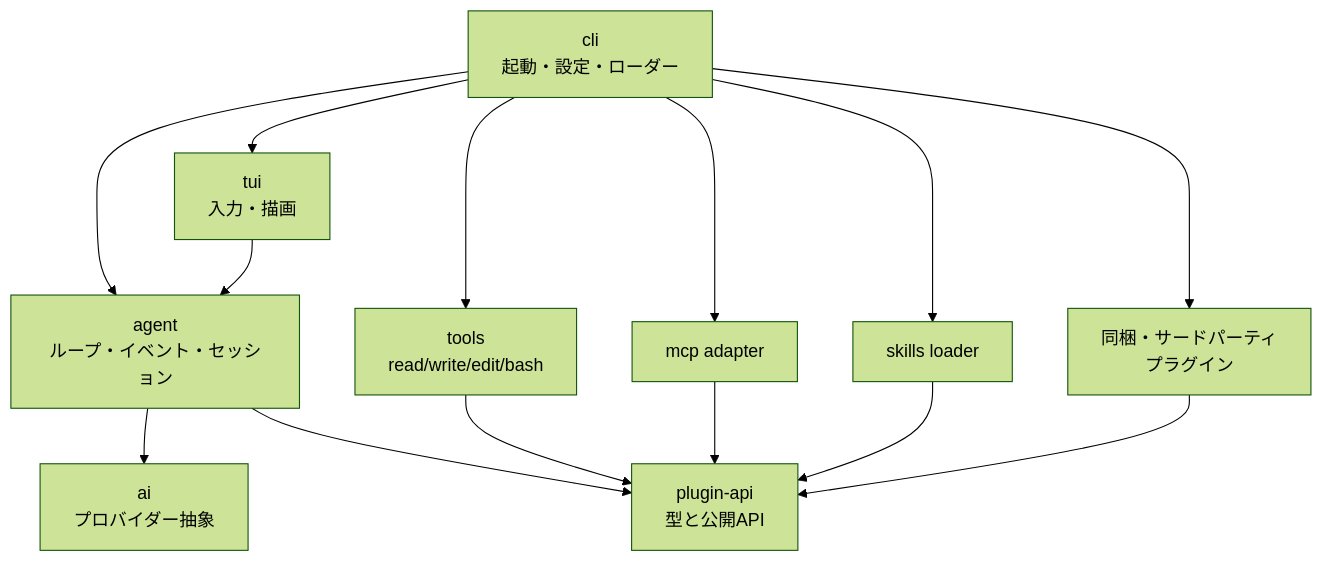
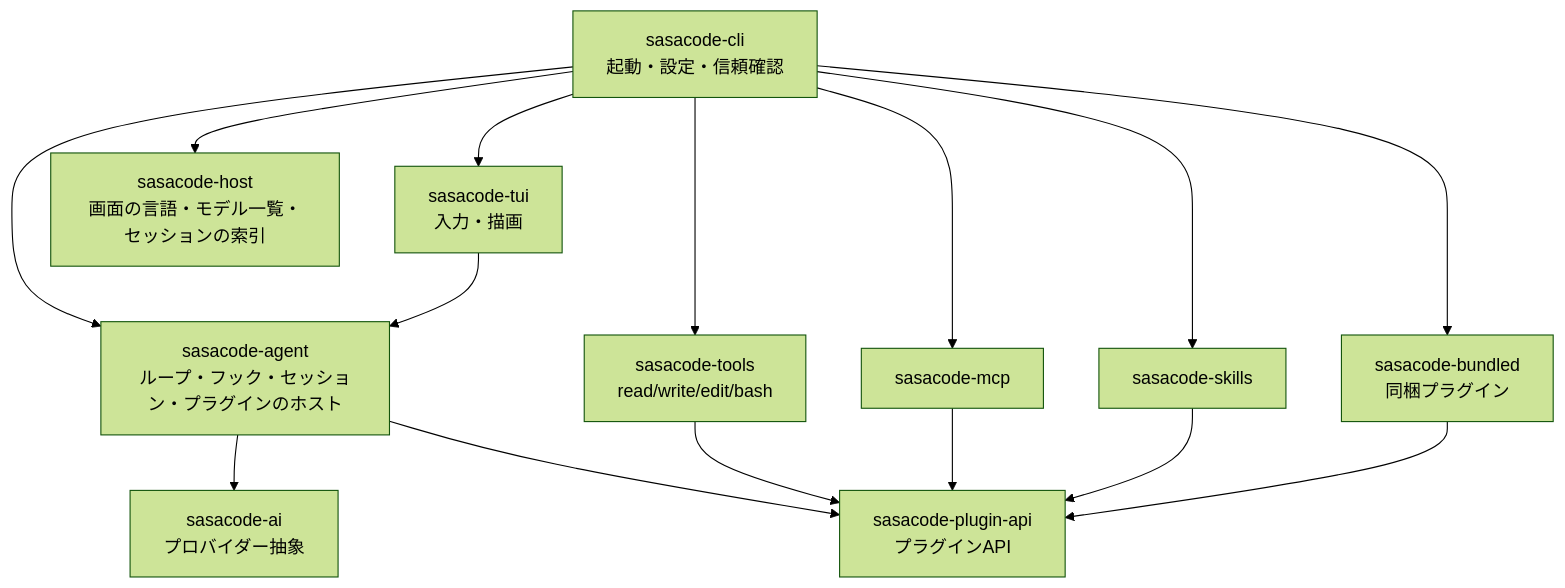
The diagram in docs/requirements.md (sasanokusa/sasacode), drawn with Mermaid (forest theme) before and after one commit. The commit also changed other lines of this file and 20 other files, not shown here.

First line of the commit message:
docs for 0.20: MCP and Skills replace the plugin API; bundled-but-off plugins; Rust development

````diff
--- a/docs/requirements.md
+++ b/docs/requirements.md
@@ -216,16 +220,17 @@
 ```mermaid
 flowchart TD
-  CLI["cli<br/>起動・設定・ローダー"] --> TUI["tui<br/>入力・描画"]
-  CLI --> AGENT["agent<br/>ループ・イベント・セッション"]
+  CLI["sasacode-cli<br/>起動・設定・信頼確認"] --> TUI["sasacode-tui<br/>入力・描画"]
+  CLI --> AGENT["sasacode-agent<br/>ループ・フック・セッション・プラグインのホスト"]
+  CLI --> HOST["sasacode-host<br/>画面の言語・モデル一覧・セッションの索引"]
   TUI --> AGENT
-  AGENT --> AI["ai<br/>プロバイダー抽象"]
-  AGENT --> API["plugin-api<br/>型と公開API"]
-  CLI --> TOOLS["tools<br/>read/write/edit/bash"]
-  CLI --> MCP["mcp adapter"]
-  CLI --> SK["skills loader"]
-  CLI --> EXT["同梱・サードパーティ<br/>プラグイン"]
+  AGENT --> AI["sasacode-ai<br/>プロバイダー抽象"]
+  AGENT --> API["sasacode-plugin-api<br/>プラグインAPI"]
+  CLI --> TOOLS["sasacode-tools<br/>read/write/edit/bash"]
+  CLI --> MCP["sasacode-mcp"]
+  CLI --> SK["sasacode-skills"]
+  CLI --> EXT["sasacode-bundled<br/>同梱プラグイン"]
   TOOLS --> API
   MCP --> API
   SK --> API
   EXT --> API
 ```
````
